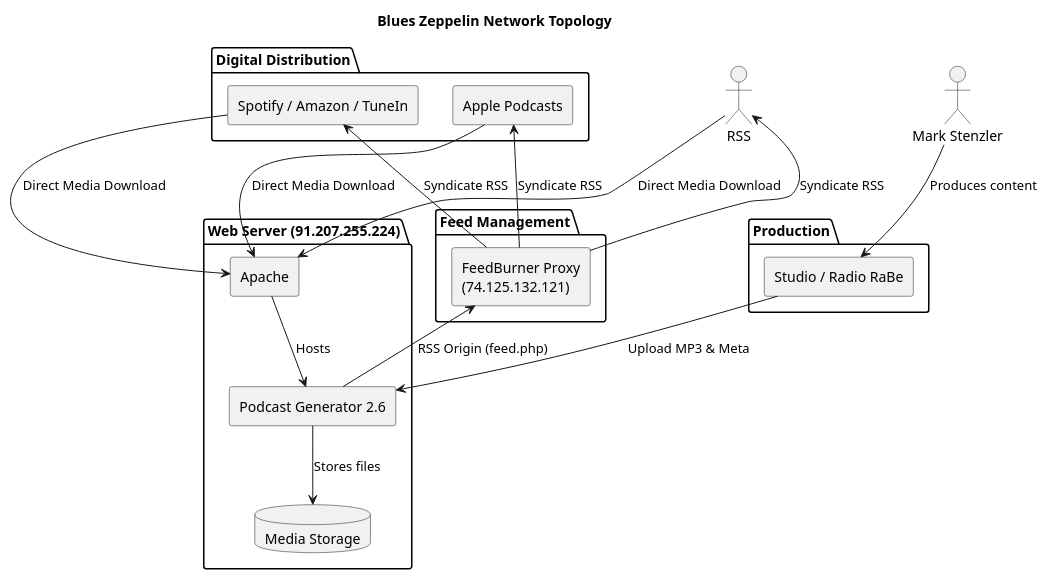
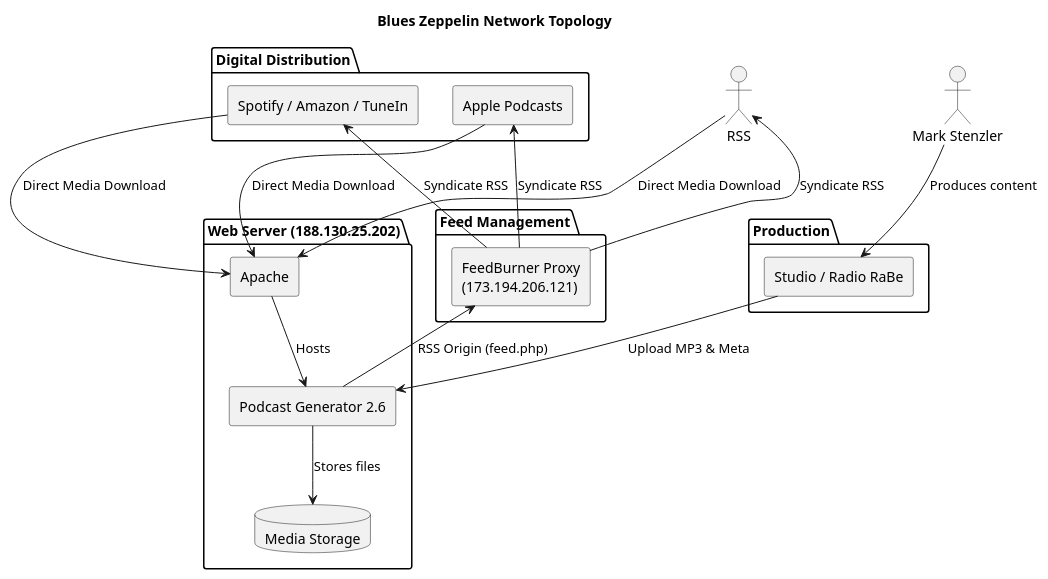
One commit to chatelao/blueszeppelin-architecture changed the diagram in diagrams/topology.puml. Above: the diagram before and after it, drawn with PlantUML. The commit also changed 1 other file, not shown here.

Commit message:
docs: update README.md images and server IP addresses
This commit updates the `diagrams/topology.puml` source file with correct
IP addresses for the Web Server and FeedBurner Proxy. It also updates
the corresponding rendered PlantUML image link in `README.md`.
Additionally, the "3. Servers" table in `README.md` is updated with the
latest IP addresses for Apple and YouTube Music servers to ensure
documentation accuracy. All Port 80 and Port 443 statuses were verified
as open.

```diff
--- a/diagrams/topology.puml
+++ b/diagrams/topology.puml
@@ -1,39 +1,39 @@
 @startuml
 title Blues Zeppelin Network Topology
 
 skinparam componentStyle rectangle
 
 actor "Mark Stenzler" as Mark
 package "Production" {
     [Studio / Radio RaBe] as Studio
 }
 
-package "Web Server (91.207.255.224)" {
+package "Web Server (188.130.25.202)" {
     [Apache] as WebServer
     [Podcast Generator 2.6] as PodGen
     database "Media Storage" as Media
 }
 
 package "Feed Management" {
-    [FeedBurner Proxy\n(74.125.132.121)] as FB
+    [FeedBurner Proxy\n(173.194.206.121)] as FB
 }
 
 package "Digital Distribution" {
     [Apple Podcasts] as Apple
     [Spotify / Amazon / TuneIn] as OtherHubs
 }
 
 Mark --> Studio : Produces content
 Studio --> PodGen : Upload MP3 & Meta
 PodGen -down-> Media : Stores files
 WebServer -down-> PodGen : Hosts
 
 PodGen -up-> FB : RSS Origin (feed.php)
 FB -up-> Apple : Syndicate RSS
 FB -up-> OtherHubs : Syndicate RSS
 FB -up-> RSS : Syndicate RSS
 
 Apple -down-> WebServer : Direct Media Download
 OtherHubs -down-> WebServer : Direct Media Download
 RSS -down-> WebServer : Direct Media Download
 @enduml
```
